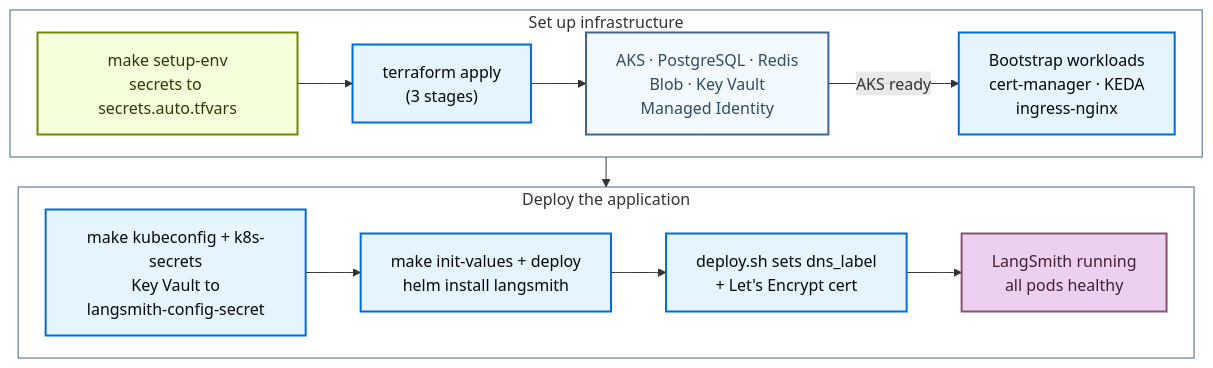
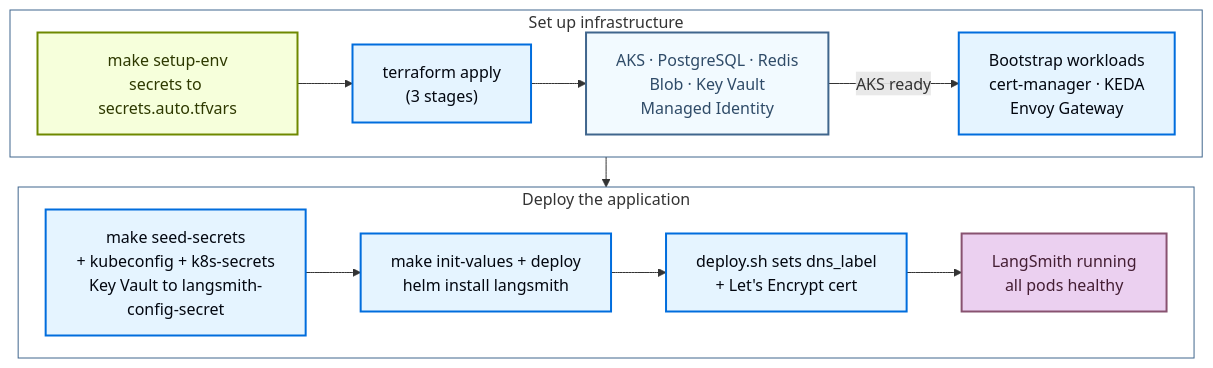
Before and after one commit to Eyre921/ofiicial-developer-docs: the diagram in agent-frameworks/langchain/pages/langsmith/self-host-terraform-azure-deploy.md, drawn with Mermaid. The commit also changed other lines of this file and 296 other files, not shown here.

````diff
--- a/agent-frameworks/langchain/pages/langsmith/self-host-terraform-azure-deploy.md
+++ b/agent-frameworks/langchain/pages/langsmith/self-host-terraform-azure-deploy.md
@@ -18,34 +22,34 @@
 ```mermaid actions={false} theme={"theme":{"light":"catppuccin-latte","dark":"catppuccin-mocha"}}
 %%{init: {'flowchart': {'nodeSpacing': 25, 'rankSpacing': 30}}}%%
 graph TB
     subgraph stage1["Set up infrastructure"]
         direction LR
         Start["make setup-env<br/>secrets to secrets.auto.tfvars"]
         TF["terraform apply<br/>(3 stages)"]
         Infra["AKS · PostgreSQL · Redis<br/>Blob · Key Vault<br/>Managed Identity"]
-        Bootstrap["Bootstrap workloads<br/>cert-manager · KEDA<br/>ingress-nginx"]
+        Bootstrap["Bootstrap workloads<br/>cert-manager · KEDA<br/>Envoy Gateway"]
         Start --> TF --> Infra -->|AKS ready| Bootstrap
     end
     subgraph stage2["Deploy the application"]
         direction LR
-        Secrets["make kubeconfig + k8s-secrets<br/>Key Vault to<br/>langsmith-config-secret"]
+        Secrets["make seed-secrets<br/>+ kubeconfig + k8s-secrets<br/>Key Vault to langsmith-config-secret"]
         Deploy["make init-values + deploy<br/>helm install langsmith"]
         DNS["deploy.sh sets dns_label<br/>+ Let's Encrypt cert"]
         Running["LangSmith running<br/>all pods healthy"]
         Secrets --> Deploy --> DNS --> Running
     end
     stage1 --> stage2
 
     classDef trigger fill:#F6FFDB,stroke:#6E8900,stroke-width:2px,color:#2E3900
     classDef process fill:#E5F4FF,stroke:#006DDD,stroke-width:2px,color:#030710
     classDef neutral fill:#F2FAFF,stroke:#40668D,stroke-width:2px,color:#2F4B68
     classDef output fill:#EBD0F0,stroke:#885270,stroke-width:2px,color:#441E33
 
     class Start trigger
     class TF,Bootstrap,Secrets,Deploy,DNS process
     class Infra neutral
     class Running output
 
     style stage1 fill:none,stroke:#40668D,stroke-width:1px
     style stage2 fill:none,stroke:#40668D,stroke-width:1px
 ```
````
